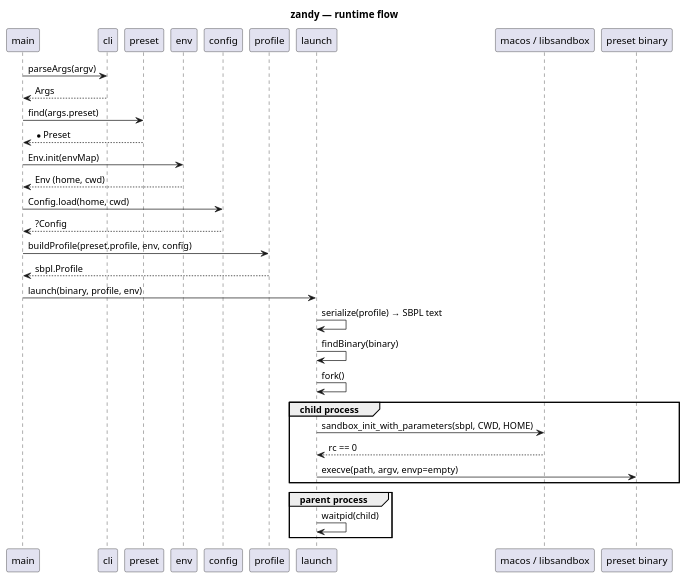
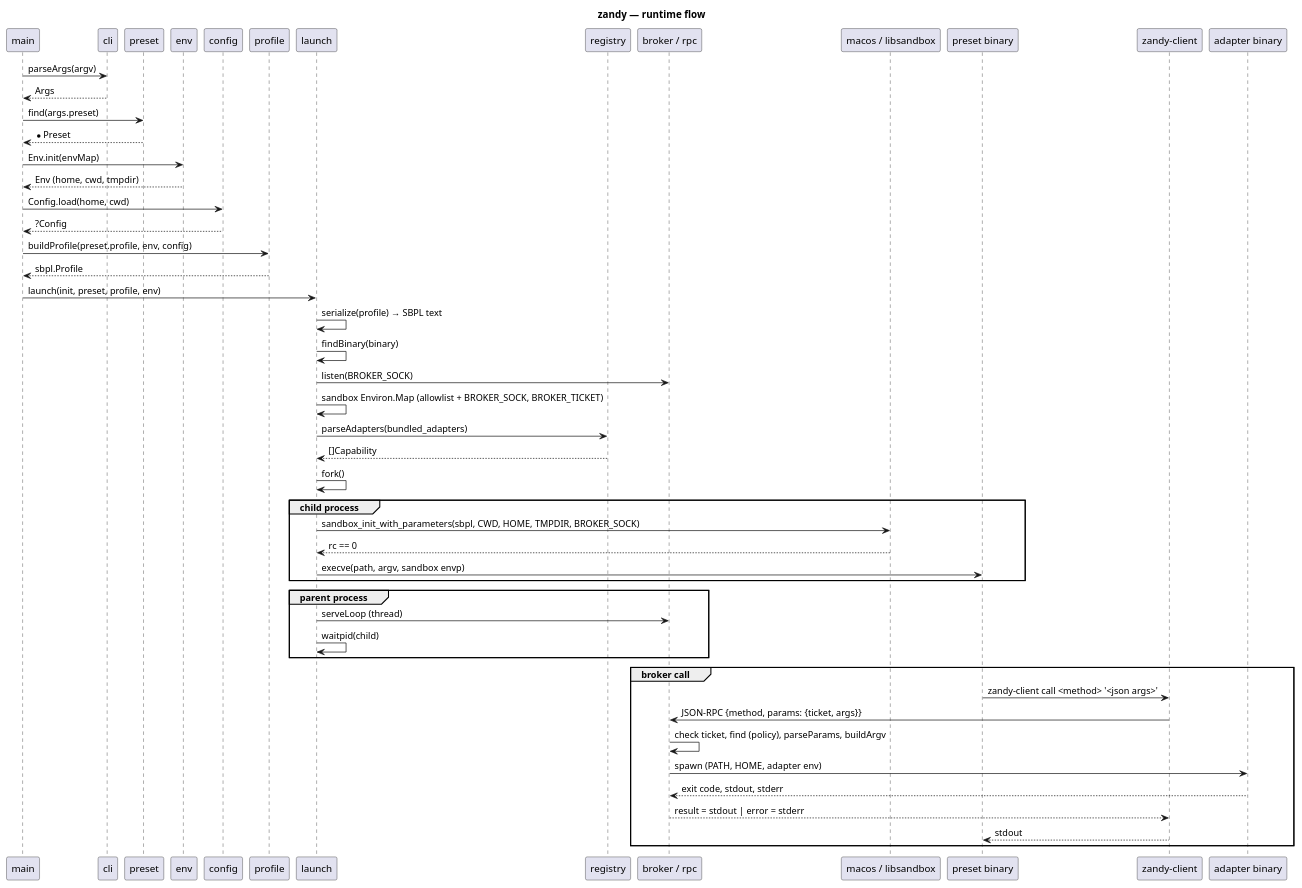
The diagram in docs/runtime-flow.puml (tbsklg/zandy), drawn with PlantUML before and after one commit. The commit also changed 24 other files, not shown here.

```diff
--- a/docs/runtime-flow.puml
+++ b/docs/runtime-flow.puml
@@ -1,44 +1,63 @@
 @startuml runtime-flow
 title zandy — runtime flow
 
 skinparam shadowing false
 
 participant "main" as Main
 participant "cli" as Cli
 participant "preset" as Preset
 participant "env" as Env
 participant "config" as Config
 participant "profile" as Profile
 participant "launch" as Launch
+participant "registry" as Registry
+participant "broker / rpc" as Broker
 participant "macos / libsandbox" as Sandbox
 participant "preset binary" as Bin
+participant "zandy-client" as Client
+participant "adapter binary" as Tool
 
 Main -> Cli : parseArgs(argv)
 Cli --> Main : Args
 Main -> Preset : find(args.preset)
 Preset --> Main : *Preset
 
 Main -> Env : Env.init(envMap)
-Env --> Main : Env (home, cwd)
+Env --> Main : Env (home, cwd, tmpdir)
 Main -> Config : Config.load(home, cwd)
 Config --> Main : ?Config
 Main -> Profile : buildProfile(preset.profile, env, config)
 Profile --> Main : sbpl.Profile
 
-Main -> Launch : launch(binary, profile, env)
+Main -> Launch : launch(init, preset, profile, env)
 Launch -> Launch : serialize(profile) → SBPL text
 Launch -> Launch : findBinary(binary)
+Launch -> Broker : listen(BROKER_SOCK)
+Launch -> Launch : sandbox Environ.Map (allowlist + BROKER_SOCK, BROKER_TICKET)
+Launch -> Registry : parseAdapters(bundled_adapters)
+Registry --> Launch : []Capability
 
 Launch -> Launch : fork()
 
 group child process
-  Launch -> Sandbox : sandbox_init_with_parameters(sbpl, CWD, HOME)
+  Launch -> Sandbox : sandbox_init_with_parameters(sbpl, CWD, HOME, TMPDIR, BROKER_SOCK)
   Sandbox --> Launch : rc == 0
-  Launch -> Bin : execve(path, argv, envp=empty)
+  Launch -> Bin : execve(path, argv, sandbox envp)
 end
 
 group parent process
+  Launch -> Broker : serveLoop (thread)
   Launch -> Launch : waitpid(child)
 end
 
+group broker call
+  Bin -> Client : zandy-client call <method> '<json args>'
+  Client -> Broker : JSON-RPC {method, params: {ticket, args}}
+  Broker -> Broker : check ticket, find (policy), parseParams, buildArgv
+  Broker -> Tool : spawn (PATH, HOME, adapter env)
+  Tool --> Broker : exit code, stdout, stderr
+  Broker --> Client : result = stdout | error = stderr
+  Client --> Bin : stdout
+end
+
 @enduml
```
